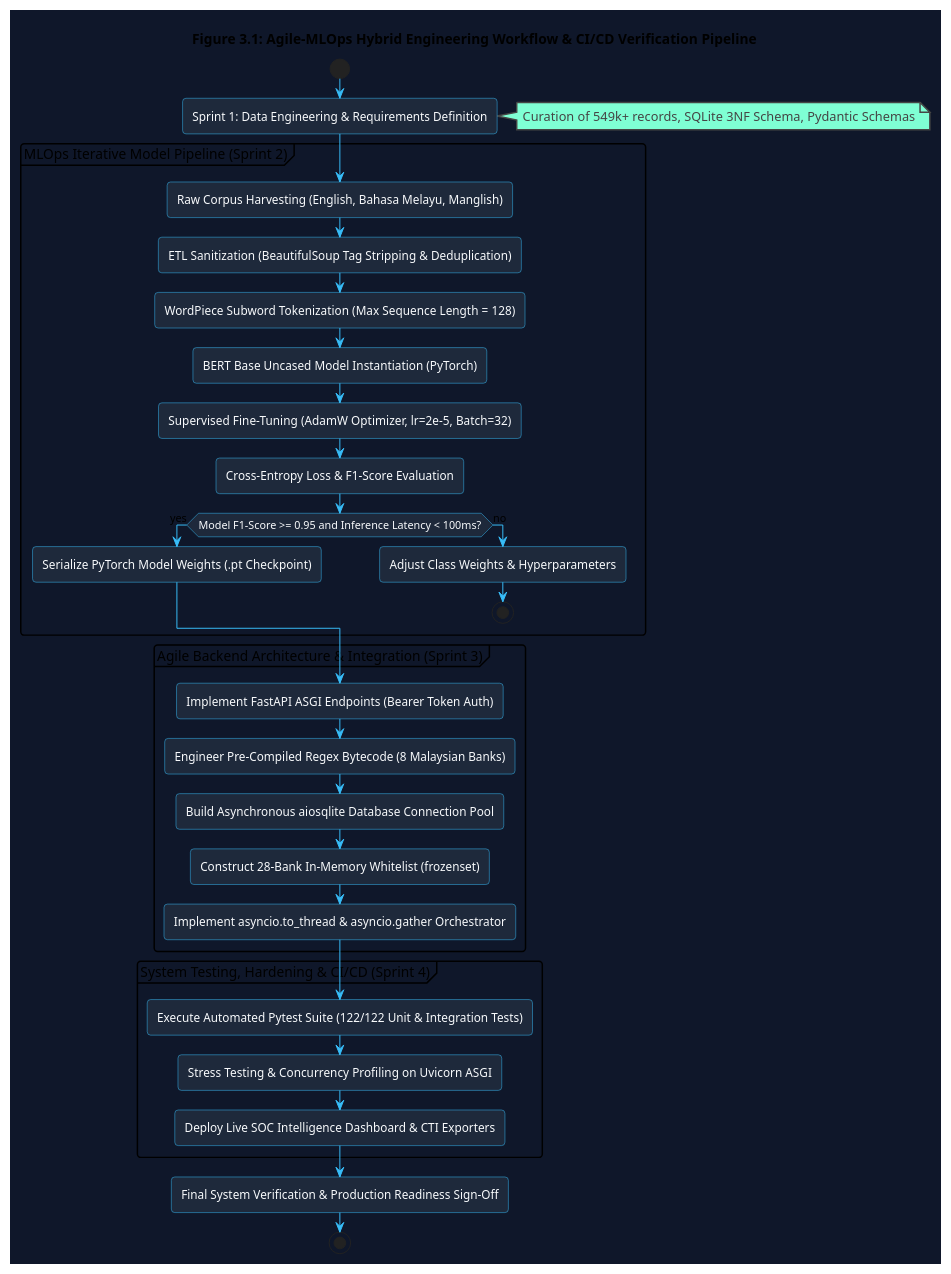
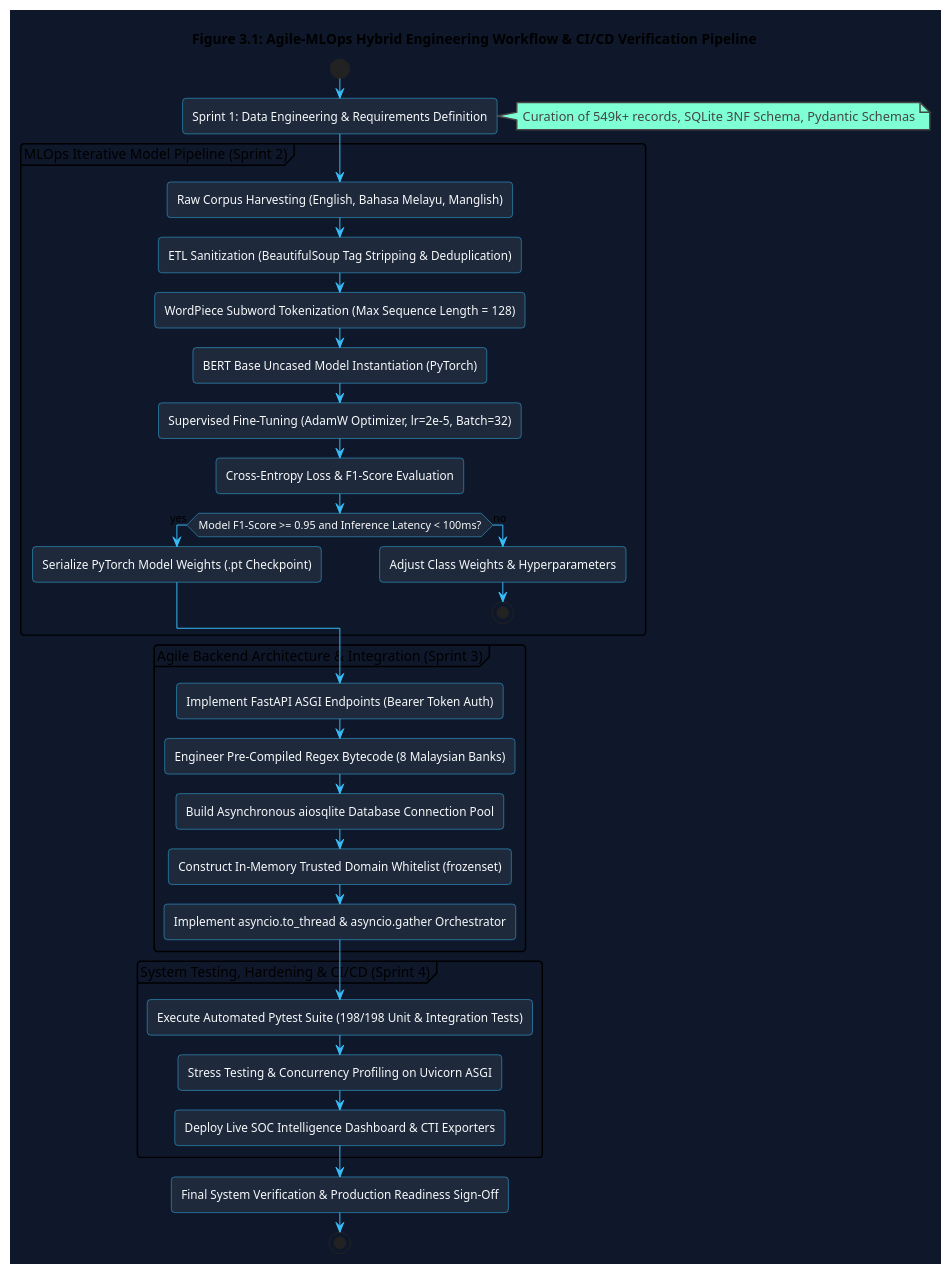
One commit to KunTheNoobie/PhishGuard-AI-Complete changed the first of 4 diagrams in report/diagrams/Chapter_3_Diagrams.puml. Above: the diagram before and after it, drawn with PlantUML. The commit also changed other lines of this file and 104 other files, not shown here.

```diff
--- a/report/diagrams/Chapter_3_Diagrams.puml
+++ b/report/diagrams/Chapter_3_Diagrams.puml
@@ -1,47 +1,47 @@
 @startuml Agile_MLOps_Detailed_Chapter_3
 !theme vibrant
 skinparam backgroundColor #0f172a
 skinparam ArrowColor #38bdf8
 skinparam ActivityBorderColor #38bdf8
 skinparam ActivityBackgroundColor #1e293b
 skinparam ActivityFontColor #f8fafc
 
 title Figure 3.1: Agile-MLOps Hybrid Engineering Workflow & CI/CD Verification Pipeline
 
 start
 :Sprint 1: Data Engineering & Requirements Definition;
 note right: Curation of 549k+ records, SQLite 3NF Schema, Pydantic Schemas
 
 partition "MLOps Iterative Model Pipeline (Sprint 2)" {
     :Raw Corpus Harvesting (English, Bahasa Melayu, Manglish);
     :ETL Sanitization (BeautifulSoup Tag Stripping & Deduplication);
     :WordPiece Subword Tokenization (Max Sequence Length = 128);
     :BERT Base Uncased Model Instantiation (PyTorch);
     :Supervised Fine-Tuning (AdamW Optimizer, lr=2e-5, Batch=32);
     :Cross-Entropy Loss & F1-Score Evaluation;
     if (Model F1-Score >= 0.95 and Inference Latency < 100ms?) then (yes)
         :Serialize PyTorch Model Weights (.pt Checkpoint);
     else (no)
         :Adjust Class Weights & Hyperparameters;
         stop
     endif
 }
 
 partition "Agile Backend Architecture & Integration (Sprint 3)" {
     :Implement FastAPI ASGI Endpoints (Bearer Token Auth);
     :Engineer Pre-Compiled Regex Bytecode (8 Malaysian Banks);
     :Build Asynchronous aiosqlite Database Connection Pool;
-    :Construct 28-Bank In-Memory Whitelist (frozenset);
+    :Construct In-Memory Trusted Domain Whitelist (frozenset);
     :Implement asyncio.to_thread & asyncio.gather Orchestrator;
 }
 
 partition "System Testing, Hardening & CI/CD (Sprint 4)" {
-    :Execute Automated Pytest Suite (122/122 Unit & Integration Tests);
+    :Execute Automated Pytest Suite (198/198 Unit & Integration Tests);
     :Stress Testing & Concurrency Profiling on Uvicorn ASGI;
     :Deploy Live SOC Intelligence Dashboard & CTI Exporters;
 }
 
 :Final System Verification & Production Readiness Sign-Off;
 stop
 
 @enduml
```
